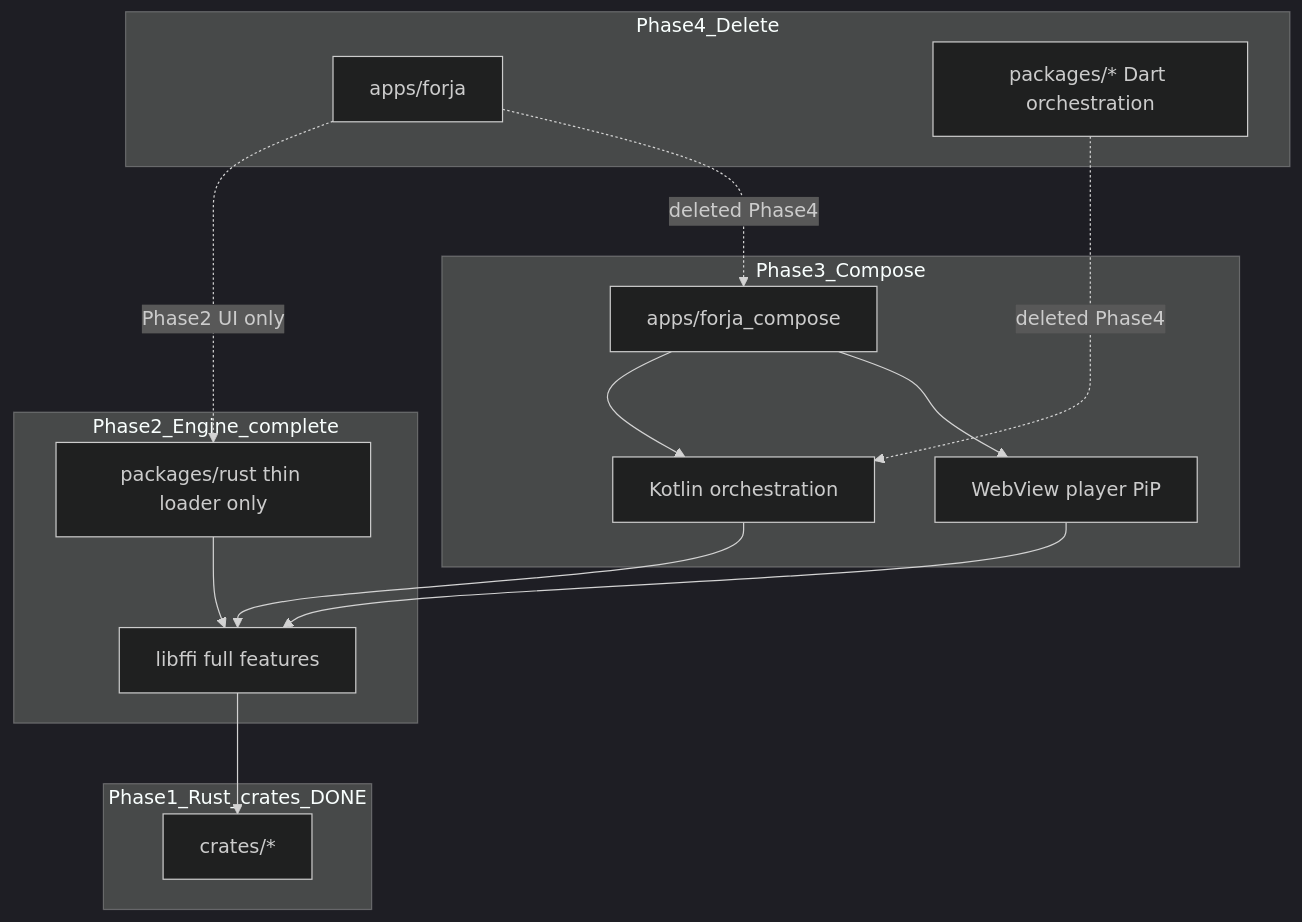
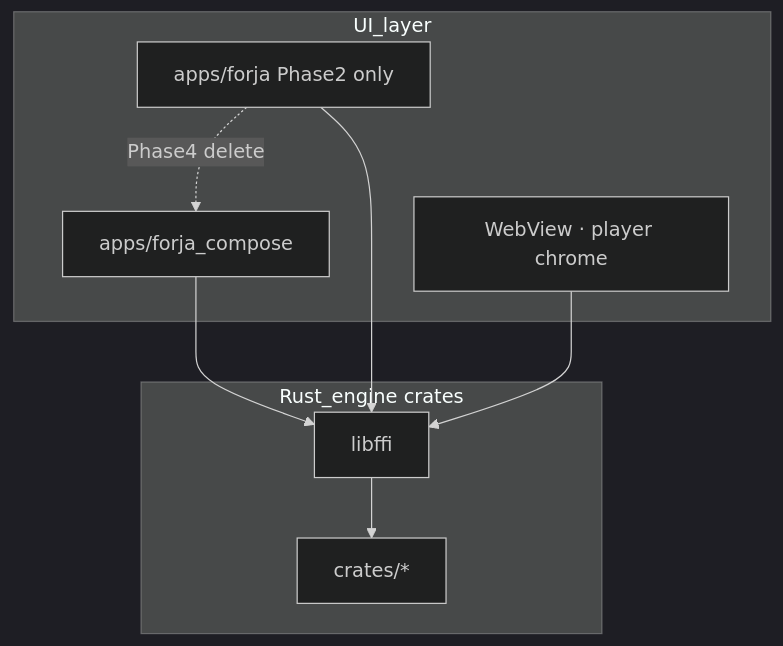
Before and after one commit to mGhassen/Forja: the diagram in docs/migration/README.md, drawn with Mermaid (dark theme). The commit also changed other lines of this file and 3 other files, not shown here.

Commit message:
docs: Update migration documentation to clarify Rust engine ownership and Phase 2 completion criteria; emphasize no Dart/Kotlin logic in engine and outline next steps for Phase 3 transition to Kotlin Compose UI

````diff
--- a/docs/migration/README.md
+++ b/docs/migration/README.md
@@ -26,33 +26,20 @@
 ```mermaid
 flowchart TB
-  subgraph phase3 [Phase3_Compose]
+  subgraph ui [UI_layer]
     ComposeApp["apps/forja_compose"]
-    KotlinOrch["Kotlin orchestration"]
-    PlatformUI["WebView player PiP"]
+    FlutterApp["apps/forja Phase2 only"]
+    PlatformUI["WebView · player chrome"]
   end
 
-  subgraph phase1 [Phase1_Rust_crates_DONE]
+  subgraph engine [Rust_engine crates]
     Crates["crates/*"]
+    FFI["libffi"]
   end
 
-  subgraph phase2 [Phase2_Engine_complete]
-    FFI["libffi full features"]
-    ThinDart["packages/rust thin loader only"]
-  end
-
-  subgraph phase4 [Phase4_Delete]
-    FlutterApp["apps/forja"]
-    DartPkgs["packages/* Dart orchestration"]
-  end
-
-  ComposeApp --> KotlinOrch
-  ComposeApp --> PlatformUI
-  KotlinOrch --> FFI
+  ComposeApp --> FFI
+  FlutterApp --> FFI
   PlatformUI --> FFI
   FFI --> Crates
 
-  FlutterApp -.->|Phase2 UI only| ThinDart
-  ThinDart --> FFI
-  FlutterApp -.->|deleted Phase4| ComposeApp
-  DartPkgs -.->|deleted Phase4| KotlinOrch
+  FlutterApp -.->|Phase4 delete| ComposeApp
 ```
````
